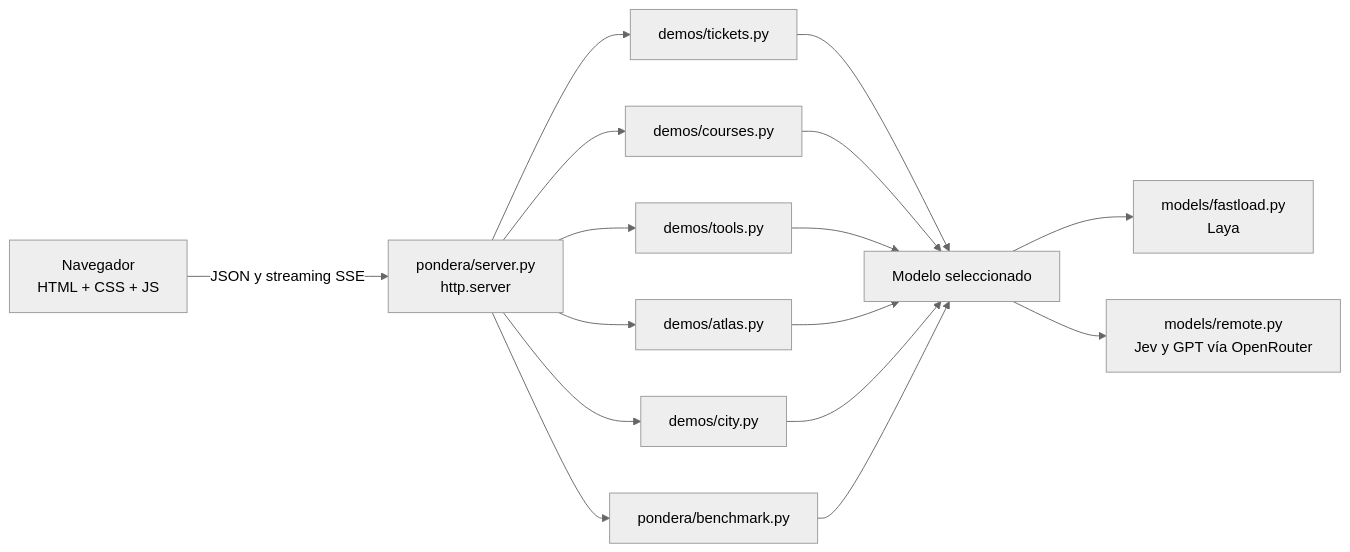
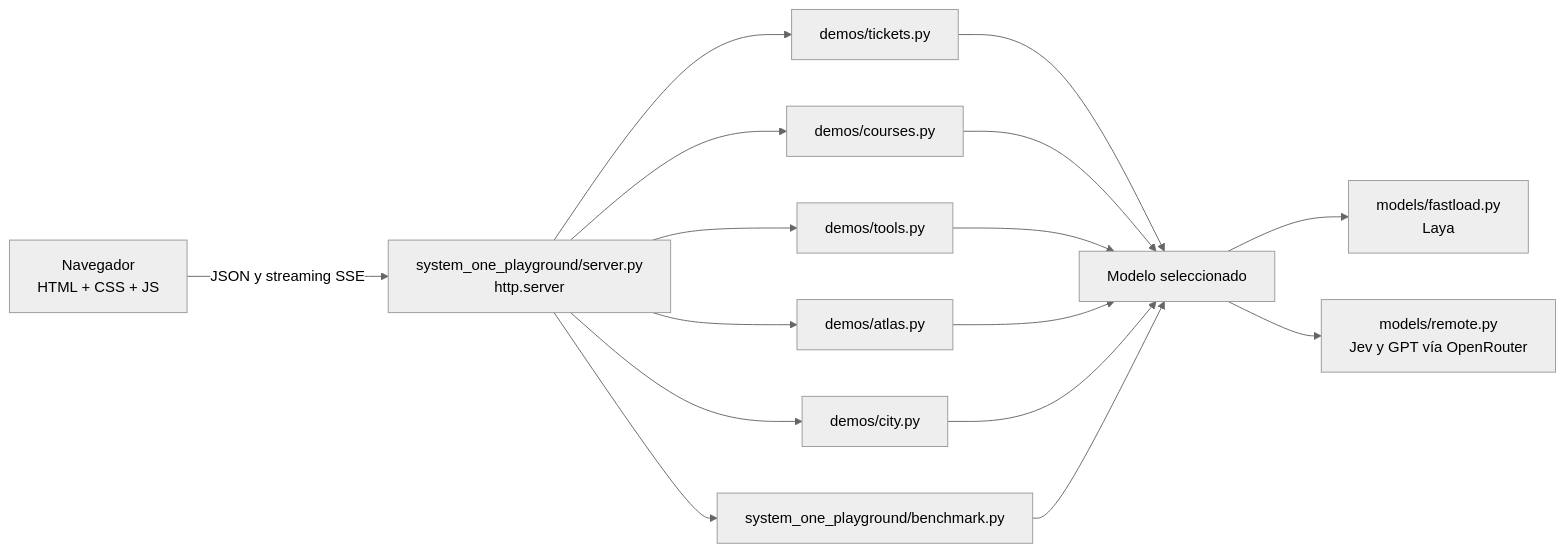
One commit to zamax14/System-One-Playground changed the diagram in README.md. Above: the diagram before and after it, drawn with Mermaid (neutral theme). The commit also changed other lines of this file and 40 other files, not shown here.

First line of the commit message:
refactor: use System One Playground throughout (#5)

````diff
--- a/README.md
+++ b/README.md
@@ -316,13 +316,13 @@
 ```mermaid
 flowchart LR
-    B["Navegador<br/>HTML + CSS + JS"] -- "JSON y streaming SSE" --> S["pondera/server.py<br/>http.server"]
+    B["Navegador<br/>HTML + CSS + JS"] -- "JSON y streaming SSE" --> S["system_one_playground/server.py<br/>http.server"]
     S --> T["demos/tickets.py"]
     S --> R["demos/courses.py"]
     S --> H["demos/tools.py"]
     S --> A["demos/atlas.py"]
     S --> C["demos/city.py"]
     T & R & H & A & C --> M["Modelo seleccionado"]
     M --> L["models/fastload.py<br/>Laya"]
     M --> O["models/remote.py<br/>Jev y GPT vía OpenRouter"]
-    S --> BM["pondera/benchmark.py"] --> M
+    S --> BM["system_one_playground/benchmark.py"] --> M
 ```
````
